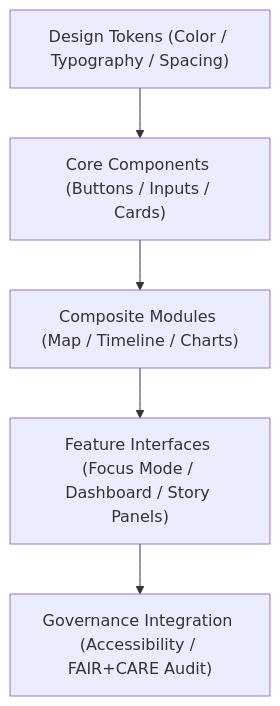
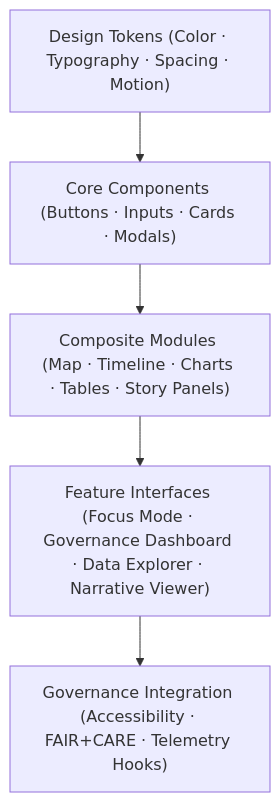
Before and after one commit to bartytime4life/Kansas-Frontier-Matrix: the diagram in docs/architecture/web-ui-design.md, drawn with Mermaid. The commit also changed other lines of this file, not shown here.

````diff
--- a/docs/architecture/web-ui-design.md
+++ b/docs/architecture/web-ui-design.md
@@ -49,7 +50,7 @@
 ```mermaid
 flowchart TD
-    A["Design Tokens (Color / Typography / Spacing)"] --> B["Core Components (Buttons / Inputs / Cards)"]
-    B --> C["Composite Modules (Map / Timeline / Charts)"]
-    C --> D["Feature Interfaces (Focus Mode / Dashboard / Story Panels)"]
-    D --> E["Governance Integration (Accessibility / FAIR+CARE Audit)"]
+    A["Design Tokens (Color · Typography · Spacing · Motion)"] --> B["Core Components (Buttons · Inputs · Cards · Modals)"]
+    B --> C["Composite Modules (Map · Timeline · Charts · Tables · Story Panels)"]
+    C --> D["Feature Interfaces (Focus Mode · Governance Dashboard · Data Explorer · Narrative Viewer)"]
+    D --> E["Governance Integration (Accessibility · FAIR+CARE · Telemetry Hooks)"]
 ```
````
